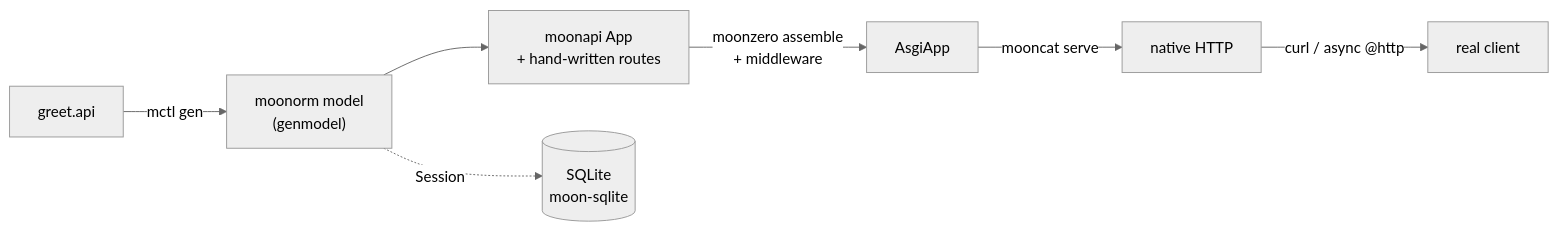
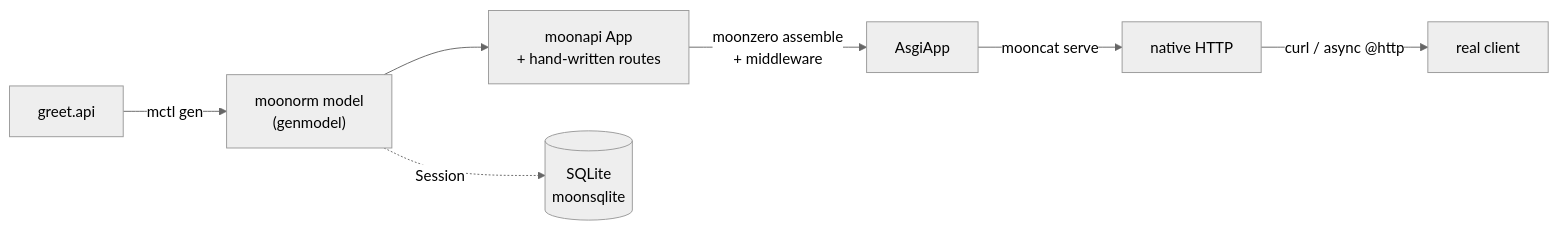
One commit to moonbitstack/moonhelo changed the diagram in README.md. Above: the diagram before and after it, drawn with Mermaid (neutral theme). The commit also changed other lines of this file and 2 other files, not shown here.

Commit message:
chore(moonhelo): move to the moonbitstack org and depend on the renamed moonsqlite.

````diff
--- a/README.md
+++ b/README.md
@@ -17,9 +17,9 @@
 ```mermaid
 flowchart LR
   api["greet.api"] -->|mctl gen| model["moonorm model<br/>(genmodel)"]
   model --> app["moonapi App<br/>+ hand-written routes"]
   app -->|moonzero assemble<br/>+ middleware| asgi["AsgiApp"]
   asgi -->|mooncat serve| http["native HTTP"]
   http -->|curl / async @http| client["real client"]
-  model -.->|Session| sqlite[("SQLite<br/>moon-sqlite")]
+  model -.->|Session| sqlite[("SQLite<br/>moonsqlite")]
 ```
````
